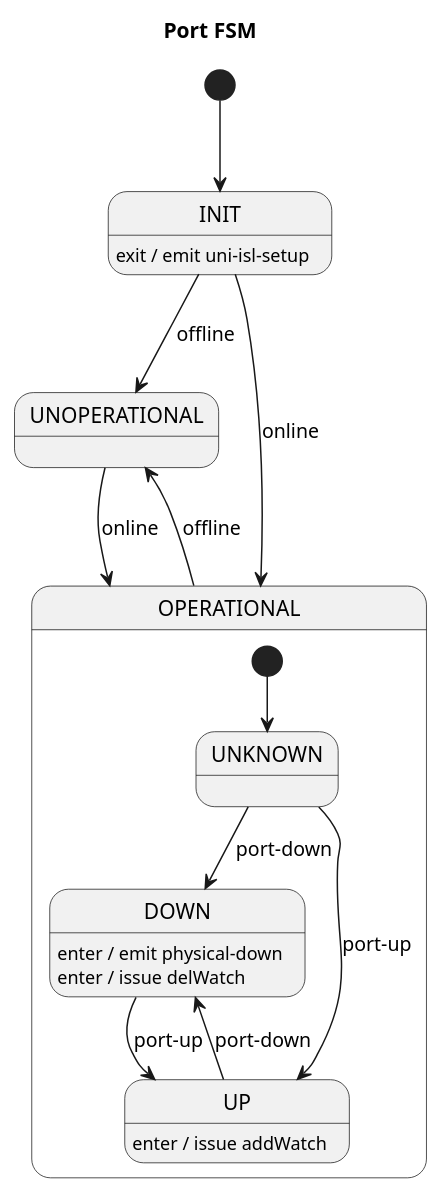
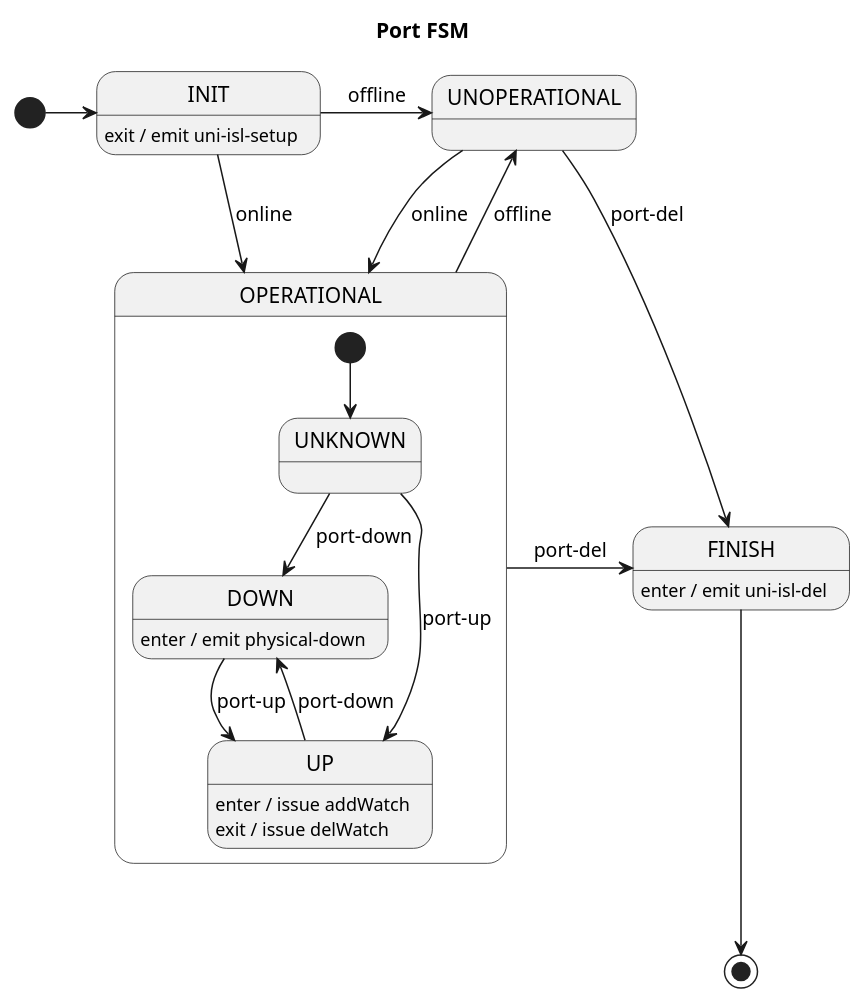
One commit to telstra/open-kilda changed the diagram in docs/design/network-discovery/port-FSM.puml. Above: the diagram before and after it, drawn with PlantUML. The commit also changed 10 other files, not shown here.

```diff
--- a/docs/design/network-discovery/port-FSM.puml
+++ b/docs/design/network-discovery/port-FSM.puml
@@ -14,27 +14,33 @@
 @startuml
 title Port FSM
 
-[*] --> INIT
+[*] -right-> INIT
 
-INIT --> UNOPERATIONAL : offline
-INIT --> OPERATIONAL : online
+INIT -r-> UNOPERATIONAL : offline
+INIT -r-> OPERATIONAL : online
 INIT : exit / emit uni-isl-setup
 
 state OPERATIONAL {
     [*] --> UNKNOWN
 
     UNKNOWN --> DOWN : port-down
     UNKNOWN --> UP : port-up
 
     DOWN --> UP : port-up
     DOWN : enter / emit physical-down
-    DOWN : enter / issue delWatch
 
     UP --> DOWN : port-down
     UP : enter / issue addWatch
+    UP : exit / issue delWatch
 }
 
 OPERATIONAL --> UNOPERATIONAL : offline
+OPERATIONAL -r-> FINISH : port-del
 
 UNOPERATIONAL --> OPERATIONAL : online
+UNOPERATIONAL --> FINISH : port-del
+
+FINISH: enter / emit uni-isl-del
+FINISH -d-> [*]
+
 @enduml
```
